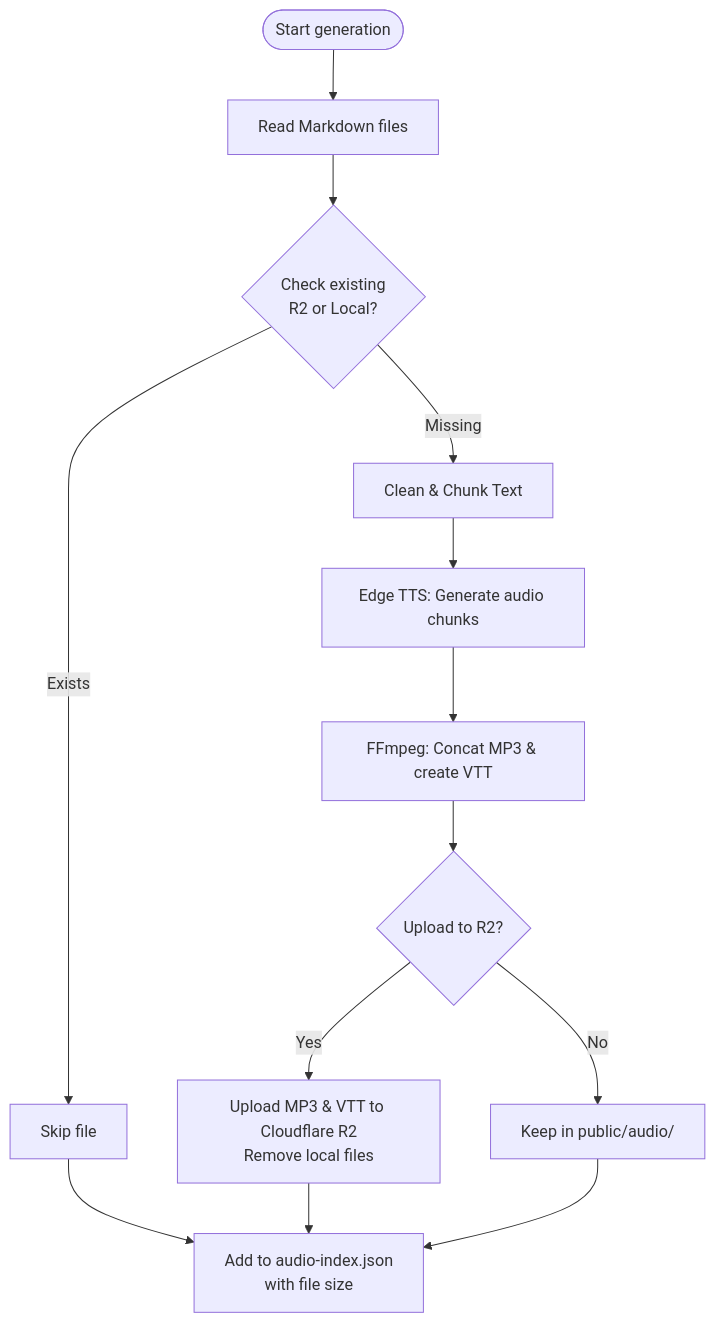
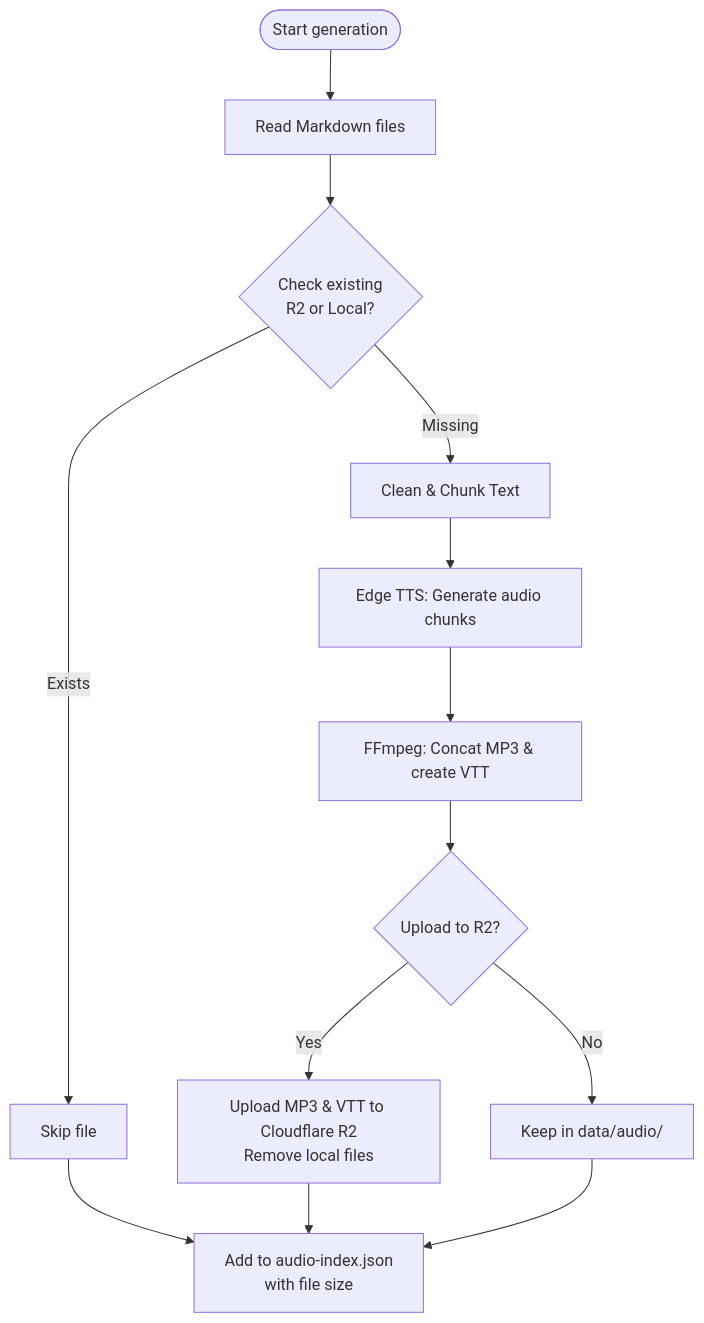
One commit to rgaidot/hnpaper-news changed the third of 4 diagrams in README.md. Above: the diagram before and after it, drawn with Mermaid. The commit also changed other lines of this file and 109 other files, not shown here.

````diff
--- a/README.md
+++ b/README.md
@@ -88,15 +90,15 @@
 ```mermaid
 flowchart TD
   Start([Start generation]) --> ReadMD[Read Markdown files]
   ReadMD --> CheckExisting{Check existing<br/>R2 or Local?}
   CheckExisting -->|Missing| CleanText[Clean & Chunk Text]
   CheckExisting -->|Exists| Skip[Skip file]
   Skip --> Index
   CleanText --> TTS[Edge TTS: Generate audio chunks]
   TTS --> Concat[FFmpeg: Concat MP3 & create VTT]
   Concat --> Storage{Upload to R2?}
   Storage -- Yes --> R2[Upload MP3 & VTT to Cloudflare R2<br/>Remove local files]
-  Storage -- No --> Local[Keep in public/audio/]
+  Storage -- No --> Local[Keep in data/audio/]
   R2 --> Index[Add to audio-index.json<br/>with file size]
   Local --> Index
 ```
````
